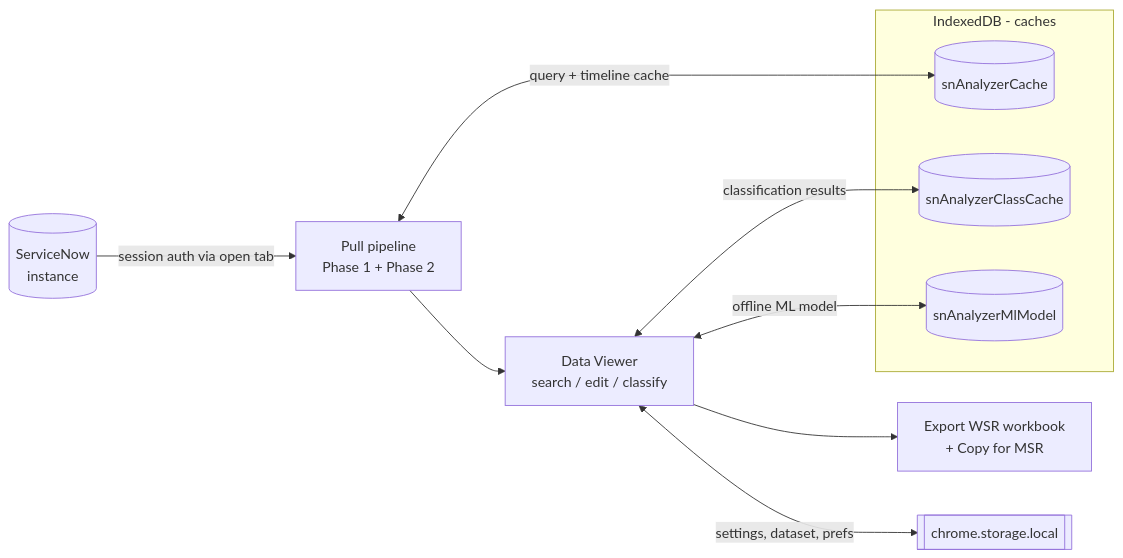
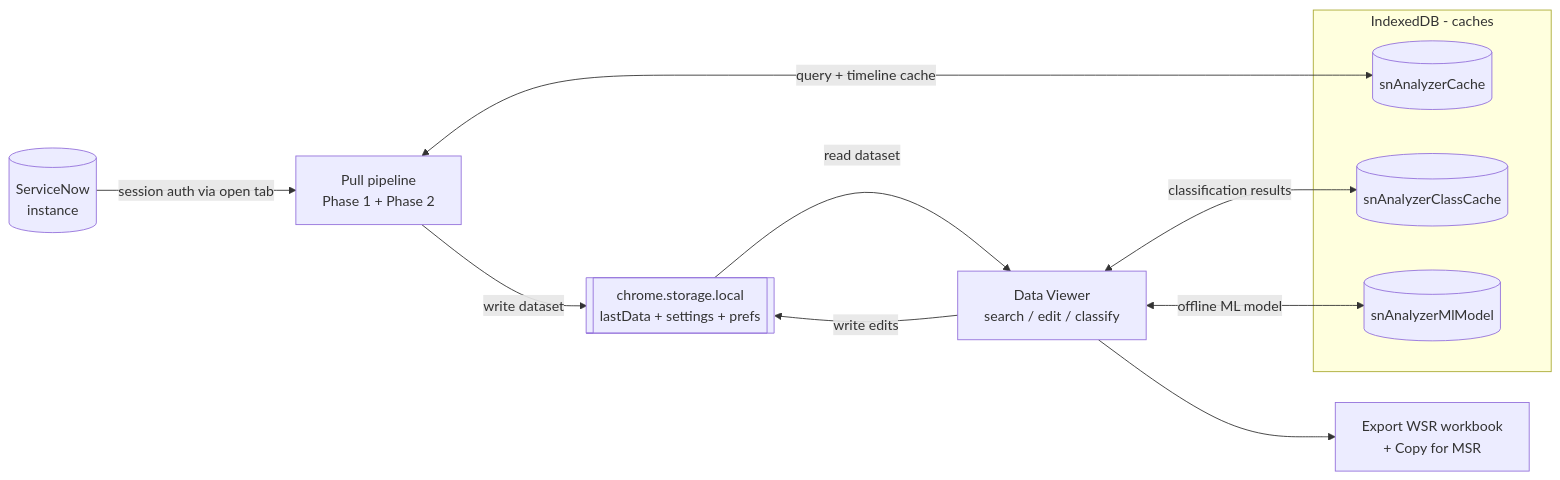
The diagram in wiki/Home.md (Abbas-Nagoor-Kani-BA/Autonomous-Reports-Engine), drawn with Mermaid before and after one commit. The commit also changed other lines of this file, not shown here.

First line of the commit message:
docs(wiki): fix Home diagram - viewer reads lastData, not the pull directly

````diff
--- a/wiki/Home.md
+++ b/wiki/Home.md
@@ -17,17 +17,18 @@
 ```mermaid
 flowchart LR
     SN[(ServiceNow<br/>instance)] -->|session auth via open tab| PULL[Pull pipeline<br/>Phase 1 + Phase 2]
-    PULL --> VIEW[Data Viewer<br/>search / edit / classify]
+    PULL -->|write dataset| LOC[[chrome.storage.local<br/>lastData + settings + prefs]]
+    LOC -->|read dataset| VIEW[Data Viewer<br/>search / edit / classify]
+    VIEW -->|write edits| LOC
     VIEW --> EXPORT[Export WSR workbook<br/>+ Copy for MSR]
 
     PULL <-->|query + timeline cache| DB1[(snAnalyzerCache)]
     VIEW <-->|classification results| DB2[(snAnalyzerClassCache)]
     VIEW <-->|offline ML model| DB3[(snAnalyzerMlModel)]
-    VIEW <-->|settings, dataset, prefs| LOC[[chrome.storage.local]]
 
     subgraph IDB[IndexedDB - caches]
         DB1
         DB2
         DB3
     end
 ```
````
